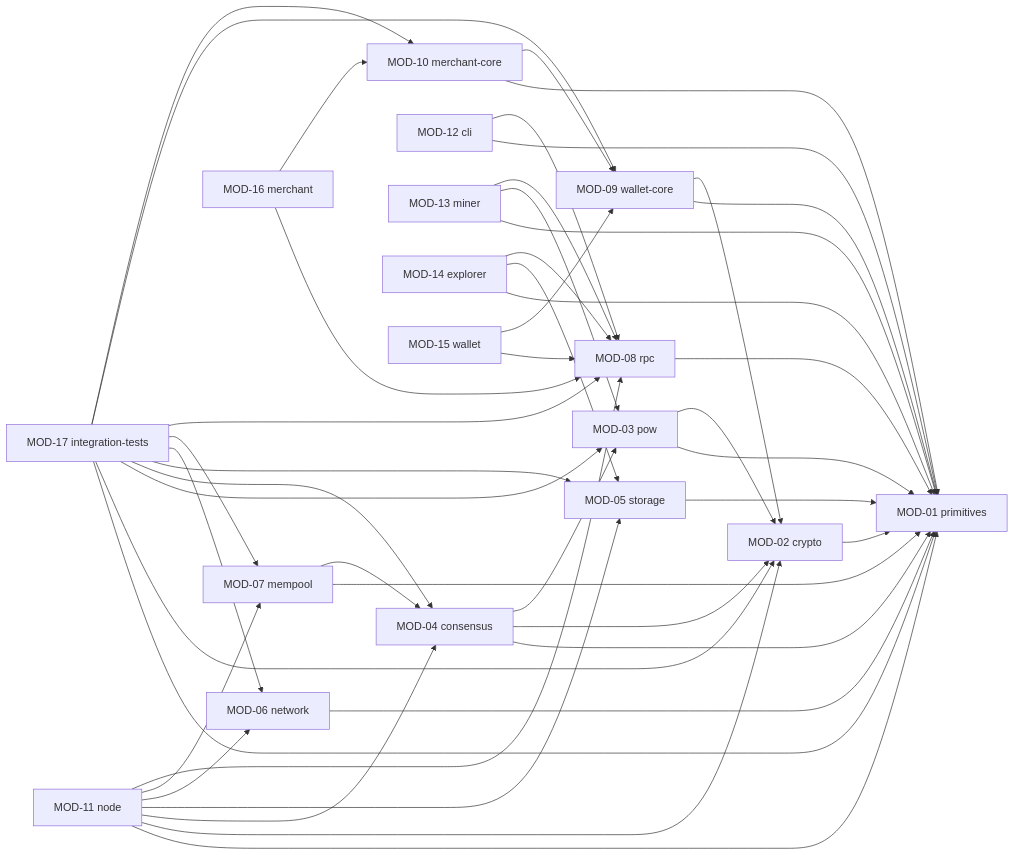
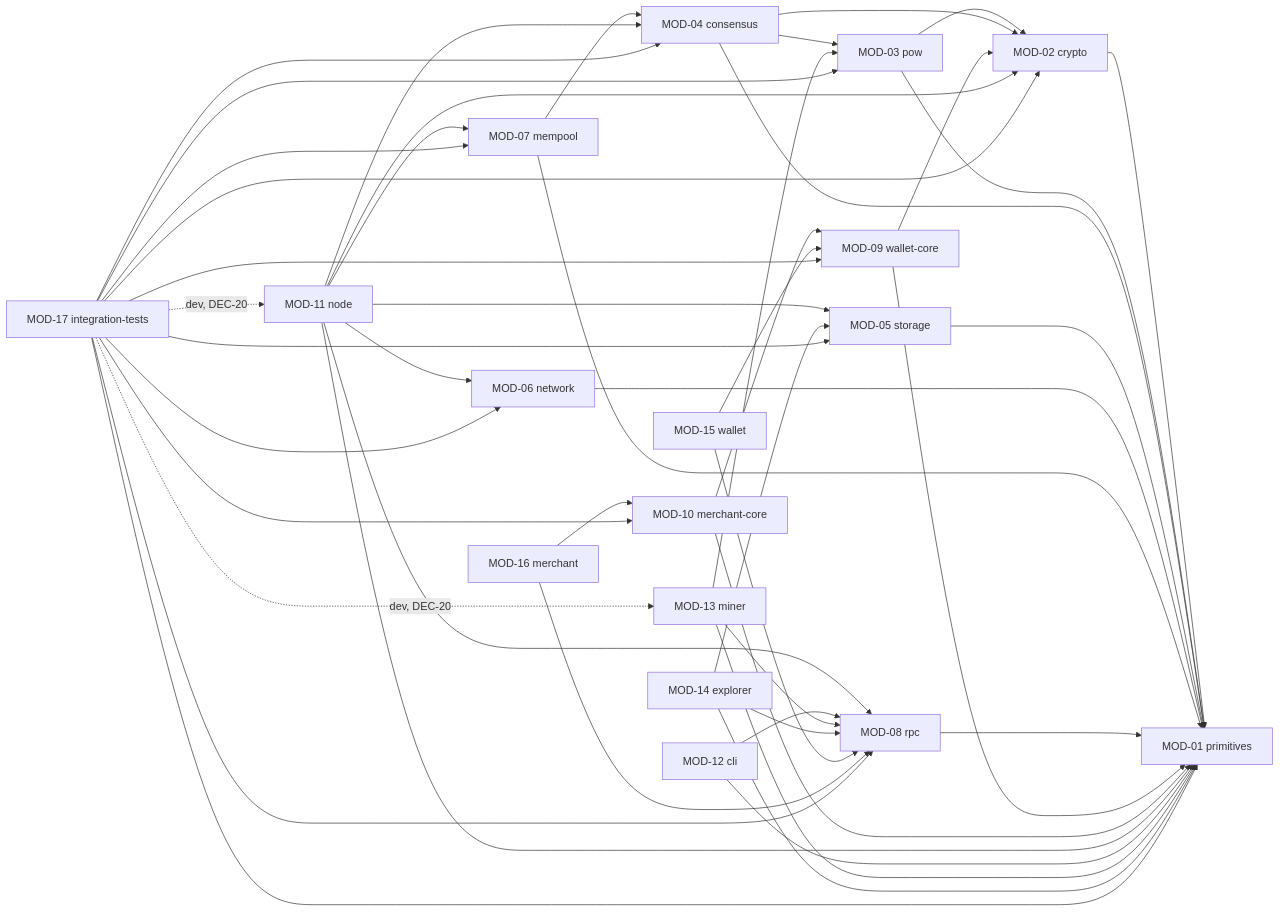
Before and after one commit to ratuaurion-dev/zevrigo: the diagram in docs/system-map.md, drawn with Mermaid. The commit also changed other lines of this file and 10 other files, not shown here.

````diff
--- a/docs/system-map.md
+++ b/docs/system-map.md
@@ -31,72 +31,74 @@
 ```mermaid
 graph LR
     MOD01["MOD-01 primitives"]
     MOD02["MOD-02 crypto"]
     MOD03["MOD-03 pow"]
     MOD04["MOD-04 consensus"]
     MOD05["MOD-05 storage"]
     MOD06["MOD-06 network"]
     MOD07["MOD-07 mempool"]
     MOD08["MOD-08 rpc"]
     MOD09["MOD-09 wallet-core"]
     MOD10["MOD-10 merchant-core"]
     MOD11["MOD-11 node"]
     MOD12["MOD-12 cli"]
     MOD13["MOD-13 miner"]
     MOD14["MOD-14 explorer"]
     MOD15["MOD-15 wallet"]
     MOD16["MOD-16 merchant"]
     MOD17["MOD-17 integration-tests"]
 
     MOD02 --> MOD01
     MOD03 --> MOD01
     MOD03 --> MOD02
     MOD04 --> MOD01
     MOD04 --> MOD02
     MOD04 --> MOD03
     MOD05 --> MOD01
     MOD06 --> MOD01
     MOD07 --> MOD01
     MOD07 --> MOD04
     MOD08 --> MOD01
     MOD09 --> MOD01
     MOD09 --> MOD02
     MOD10 --> MOD01
     MOD10 --> MOD09
 
     MOD11 --> MOD01
     MOD11 --> MOD02
     MOD11 --> MOD04
     MOD11 --> MOD05
     MOD11 --> MOD06
     MOD11 --> MOD07
     MOD11 --> MOD08
 
     MOD12 --> MOD01
     MOD12 --> MOD08
 
     MOD13 --> MOD01
     MOD13 --> MOD03
     MOD13 --> MOD08
 
     MOD14 --> MOD01
     MOD14 --> MOD05
     MOD14 --> MOD08
 
     MOD15 --> MOD08
     MOD15 --> MOD09
 
     MOD16 --> MOD08
     MOD16 --> MOD10
 
     MOD17 --> MOD01
     MOD17 --> MOD02
     MOD17 --> MOD03
     MOD17 --> MOD04
     MOD17 --> MOD05
     MOD17 --> MOD06
     MOD17 --> MOD07
     MOD17 --> MOD08
     MOD17 --> MOD09
     MOD17 --> MOD10
+    MOD17 -.->|dev, DEC-20| MOD11
+    MOD17 -.->|dev, DEC-20| MOD13
 ```
````
